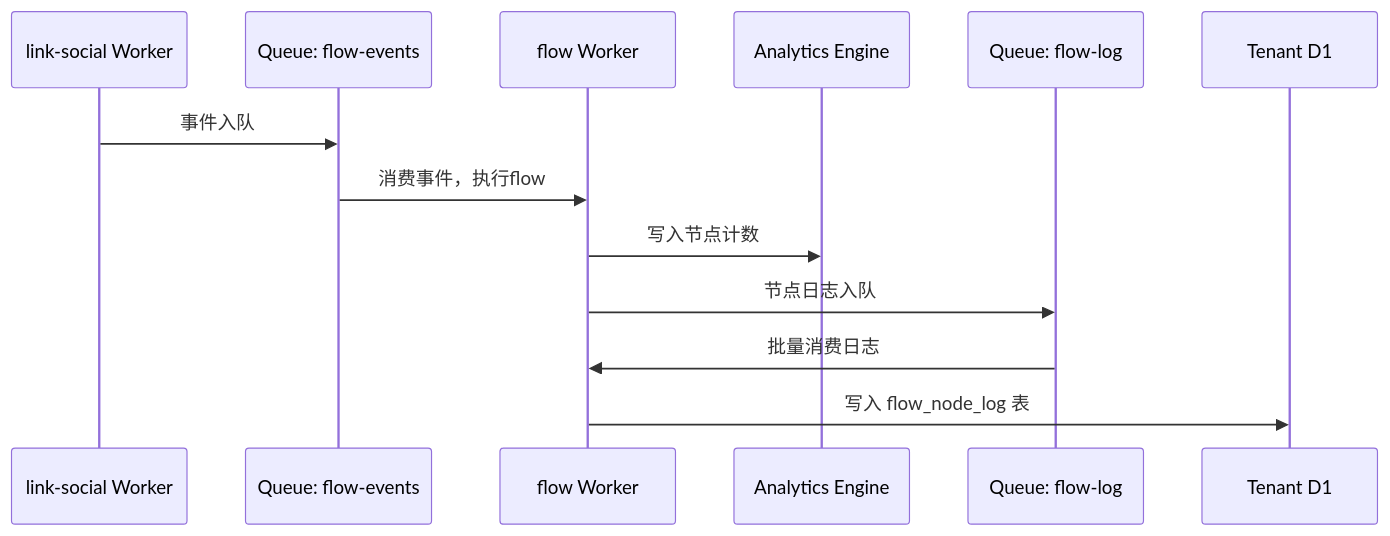
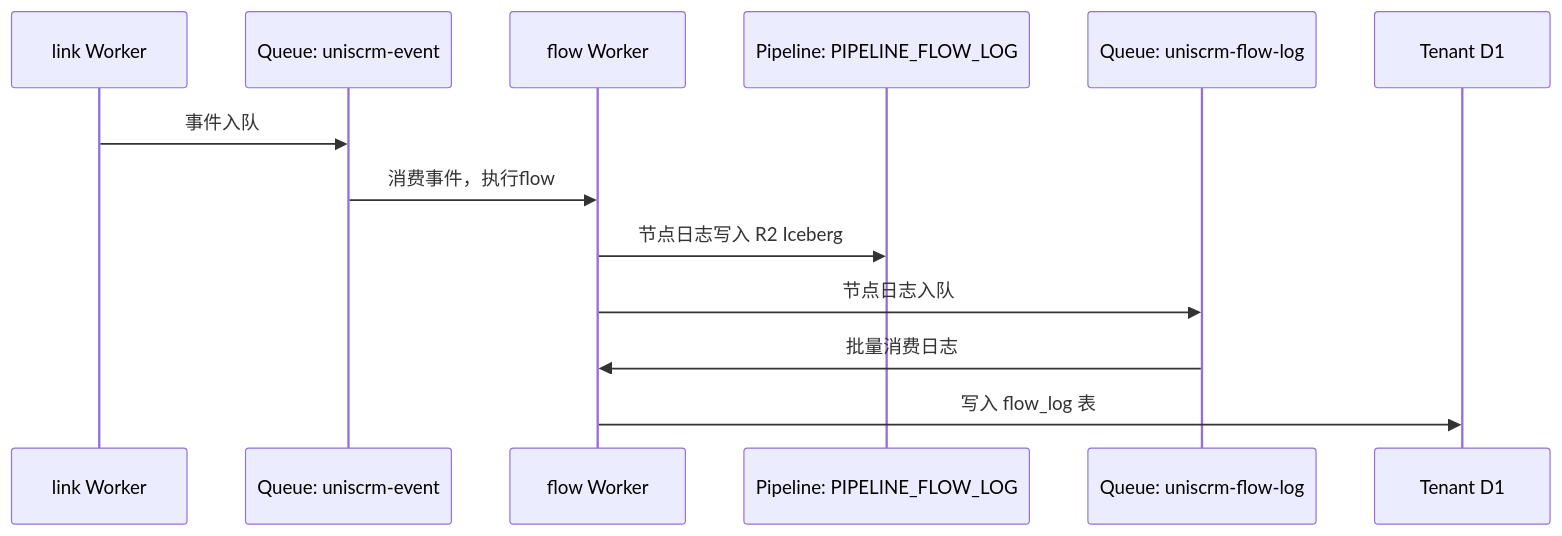
One commit to zcqqq/uniscrm-web changed the diagram in flow/sequence.md. Above: the diagram before and after it, drawn with Mermaid. The commit also changed 136 other files, not shown here.

````diff
--- a/flow/sequence.md
+++ b/flow/sequence.md
@@ -1,16 +1,16 @@
 ```mermaid
 sequenceDiagram
-    participant LS as link-social Worker
-    participant FQ as Queue: flow-events
+    participant LW as link Worker
+    participant EQ as Queue: uniscrm-event
     participant FW as flow Worker
-    participant AE as Analytics Engine
-    participant LQ as Queue: flow-log
+    participant PLG as Pipeline: PIPELINE_FLOW_LOG
+    participant LQ as Queue: uniscrm-flow-log
     participant TDB as Tenant D1
 
-    LS->>FQ: 事件入队
-    FQ->>FW: 消费事件，执行flow
-    FW->>AE: 写入节点计数
+    LW->>EQ: 事件入队
+    EQ->>FW: 消费事件，执行flow
+    FW->>PLG: 节点日志写入 R2 Iceberg
     FW->>LQ: 节点日志入队
     LQ->>FW: 批量消费日志
-    FW->>TDB: 写入 flow_node_log 表
+    FW->>TDB: 写入 flow_log 表
 ```
````
